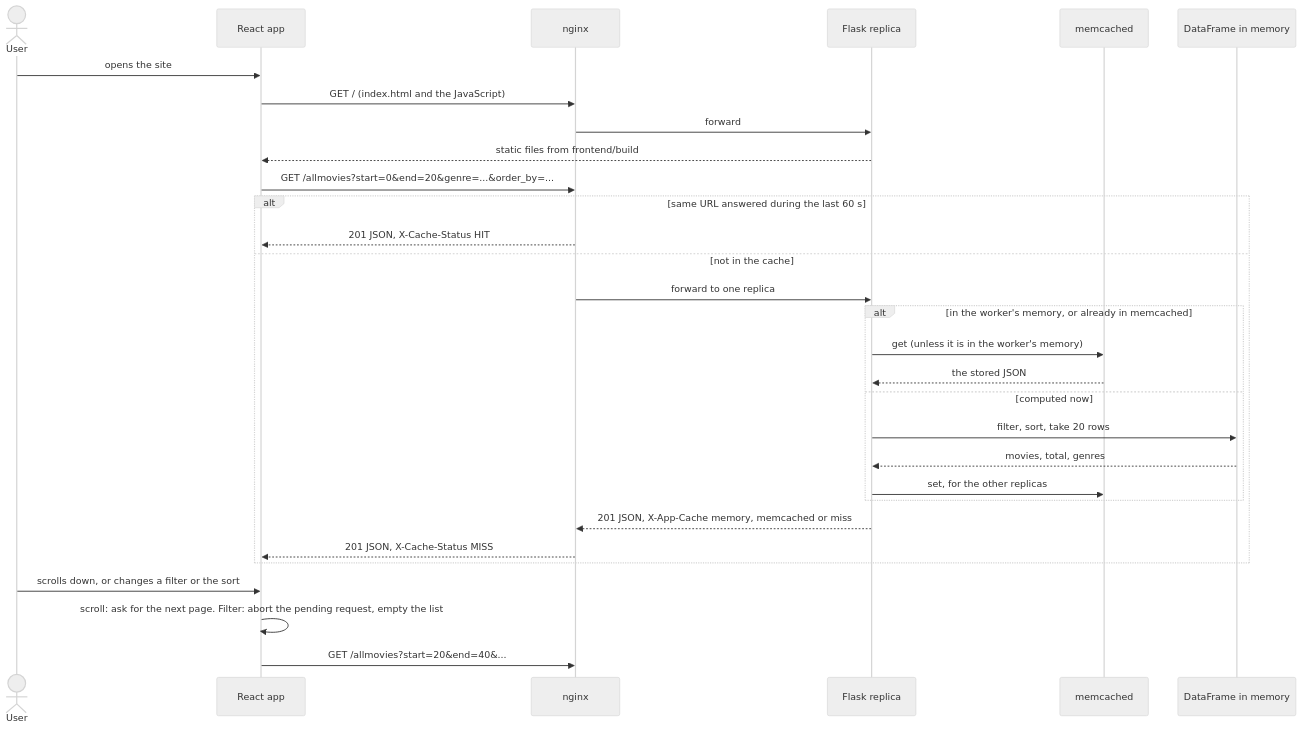
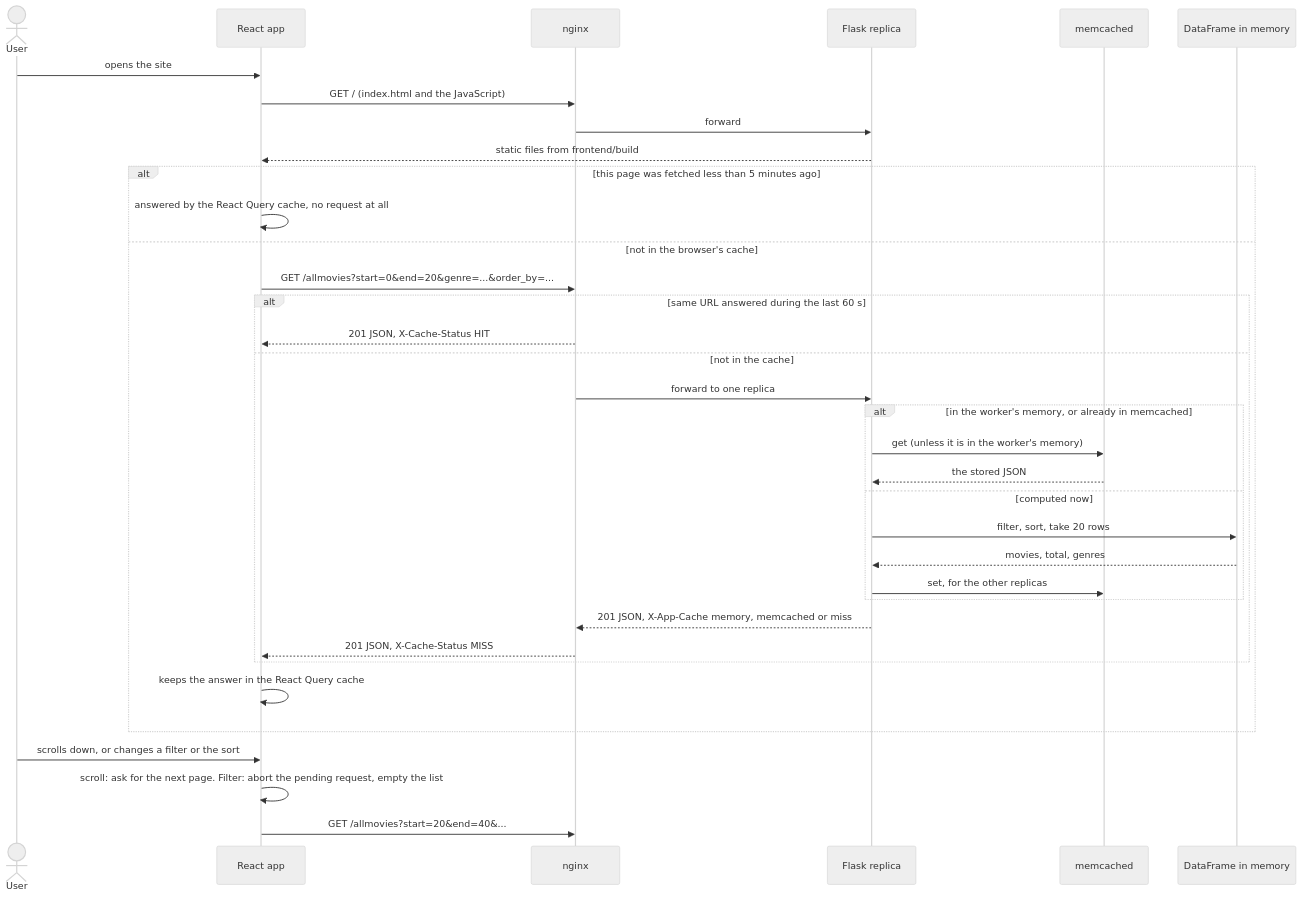
The second of 2 diagrams in README.md (ybouilla/hiparis_project), drawn with Mermaid (neutral theme) before and after one commit. The commit also changed other lines of this file and 3 other files, not shown here.

````diff
--- a/README.md
+++ b/README.md
@@ -73,35 +73,40 @@
 ```mermaid
 sequenceDiagram
     actor U as User
     participant R as React app
     participant N as nginx
     participant F as Flask replica
     participant M as memcached
     participant D as DataFrame in memory
 
     U->>R: opens the site
     R->>N: GET / (index.html and the JavaScript)
     N->>F: forward
     F-->>R: static files from frontend/build
 
-    R->>N: GET /allmovies?start=0&end=20&genre=...&order_by=...
-    alt same URL answered during the last 60 s
-        N-->>R: 201 JSON, X-Cache-Status HIT
-    else not in the cache
-        N->>F: forward to one replica
-        alt in the worker's memory, or already in memcached
-            F->>M: get (unless it is in the worker's memory)
-            M-->>F: the stored JSON
-        else computed now
-            F->>D: filter, sort, take 20 rows
-            D-->>F: movies, total, genres
-            F->>M: set, for the other replicas
+    alt this page was fetched less than 5 minutes ago
+        R->>R: answered by the React Query cache, no request at all
+    else not in the browser's cache
+        R->>N: GET /allmovies?start=0&end=20&genre=...&order_by=...
+        alt same URL answered during the last 60 s
+            N-->>R: 201 JSON, X-Cache-Status HIT
+        else not in the cache
+            N->>F: forward to one replica
+            alt in the worker's memory, or already in memcached
+                F->>M: get (unless it is in the worker's memory)
+                M-->>F: the stored JSON
+            else computed now
+                F->>D: filter, sort, take 20 rows
+                D-->>F: movies, total, genres
+                F->>M: set, for the other replicas
+            end
+            F-->>N: 201 JSON, X-App-Cache memory, memcached or miss
+            N-->>R: 201 JSON, X-Cache-Status MISS
         end
-        F-->>N: 201 JSON, X-App-Cache memory, memcached or miss
-        N-->>R: 201 JSON, X-Cache-Status MISS
+        R->>R: keeps the answer in the React Query cache
     end
 
     U->>R: scrolls down, or changes a filter or the sort
     R->>R: scroll: ask for the next page. Filter: abort the pending request, empty the list
     R->>N: GET /allmovies?start=20&end=40&...
 ```
````
